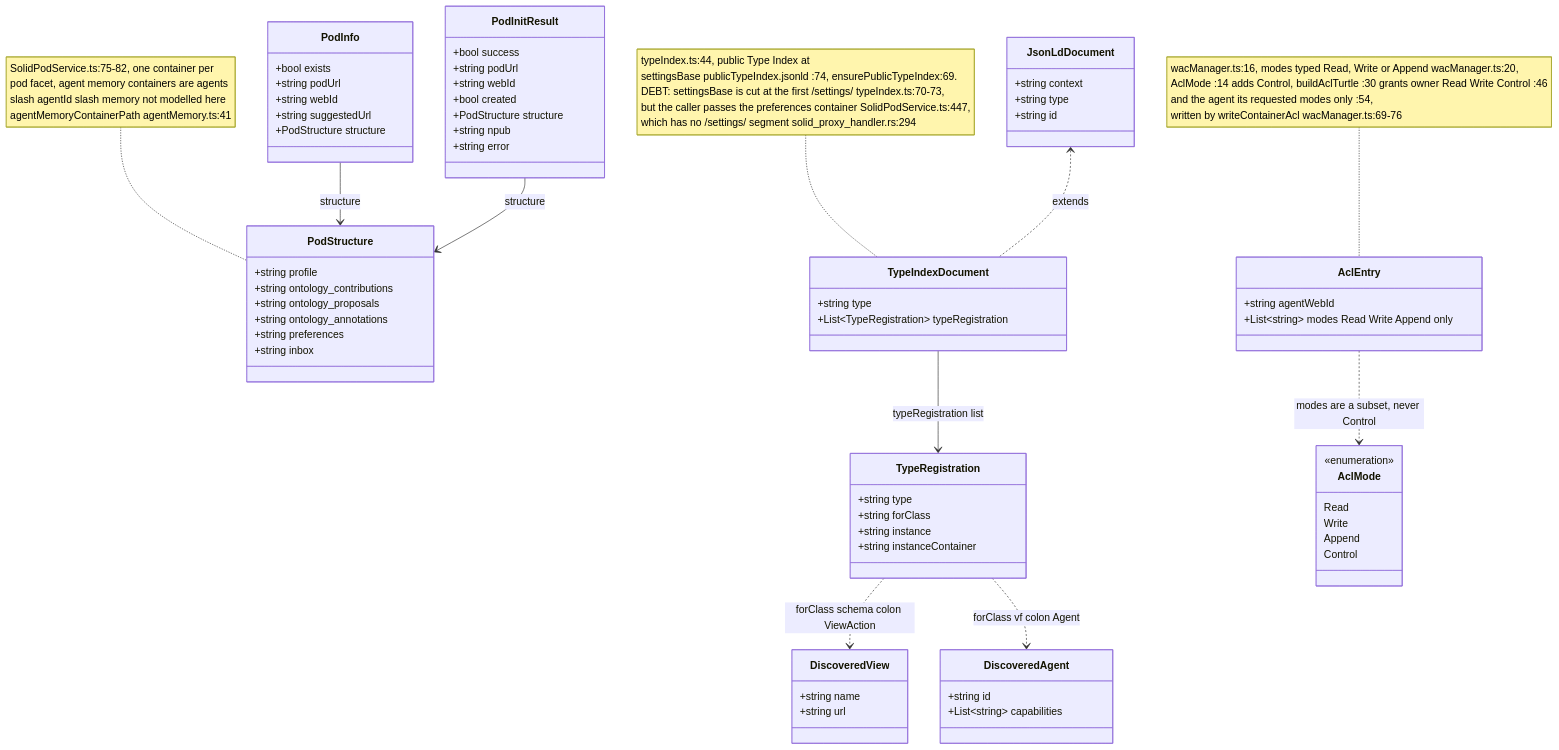
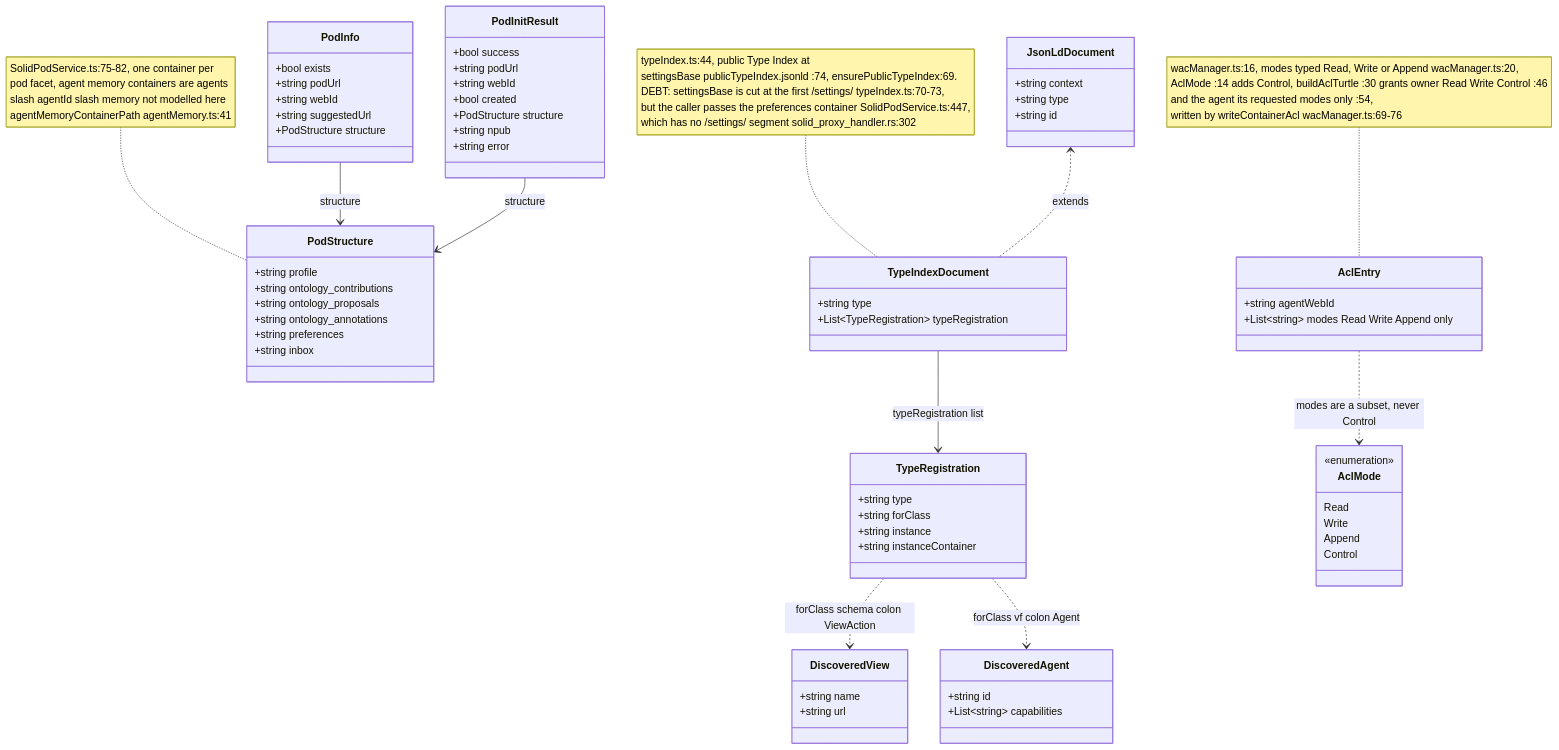
Before and after one commit to DreamLab-AI/VisionFlow: the seventh of 13 diagrams in docs/diagrams/estate/08-solid-pod-estate.md, drawn with Mermaid. The commit also changed other lines of this file and 5 other files, not shown here.

````diff
--- a/docs/diagrams/estate/08-solid-pod-estate.md
+++ b/docs/diagrams/estate/08-solid-pod-estate.md
@@ -336,73 +338,73 @@
 ```mermaid
 classDiagram
     class PodStructure {
         +string profile
         +string ontology_contributions
         +string ontology_proposals
         +string ontology_annotations
         +string preferences
         +string inbox
     }
     class PodInfo {
         +bool exists
         +string podUrl
         +string webId
         +string suggestedUrl
         +PodStructure structure
     }
     class PodInitResult {
         +bool success
         +string podUrl
         +string webId
         +bool created
         +PodStructure structure
         +string npub
         +string error
     }
     class JsonLdDocument {
         +string context
         +string type
         +string id
     }
     class TypeIndexDocument {
         +string type
         +List~TypeRegistration~ typeRegistration
     }
     class TypeRegistration {
         +string type
         +string forClass
         +string instance
         +string instanceContainer
     }
     class DiscoveredView {
         +string name
         +string url
     }
     class DiscoveredAgent {
         +string id
         +List~string~ capabilities
     }
     class AclEntry {
         +string agentWebId
         +List~string~ modes Read Write Append only
     }
     class AclMode {
         <<enumeration>>
         Read
         Write
         Append
         Control
     }
 
     PodInfo --> PodStructure : structure
     PodInitResult --> PodStructure : structure
     JsonLdDocument <.. TypeIndexDocument : extends
     TypeIndexDocument --> TypeRegistration : typeRegistration list
     TypeRegistration ..> DiscoveredView : forClass schema colon ViewAction
     TypeRegistration ..> DiscoveredAgent : forClass vf colon Agent
     AclEntry ..> AclMode : modes are a subset, never Control
 
     note for PodStructure "SolidPodService.ts:75-82, one container per<br/>pod facet, agent memory containers are agents<br/>slash agentId slash memory not modelled here<br/>agentMemoryContainerPath agentMemory.ts:41"
-    note for TypeIndexDocument "typeIndex.ts:44, public Type Index at<br/>settingsBase publicTypeIndex.jsonld :74, ensurePublicTypeIndex:69.<br/>DEBT: settingsBase is cut at the first /settings/ typeIndex.ts:70-73,<br/>but the caller passes the preferences container SolidPodService.ts:447,<br/>which has no /settings/ segment solid_proxy_handler.rs:294"
+    note for TypeIndexDocument "typeIndex.ts:44, public Type Index at<br/>settingsBase publicTypeIndex.jsonld :74, ensurePublicTypeIndex:69.<br/>DEBT: settingsBase is cut at the first /settings/ typeIndex.ts:70-73,<br/>but the caller passes the preferences container SolidPodService.ts:447,<br/>which has no /settings/ segment solid_proxy_handler.rs:302"
     note for AclEntry "wacManager.ts:16, modes typed Read, Write or Append wacManager.ts:20,<br/>AclMode :14 adds Control, buildAclTurtle :30 grants owner Read Write Control :46<br/>and the agent its requested modes only :54,<br/>written by writeContainerAcl wacManager.ts:69-76"
 ```
````
